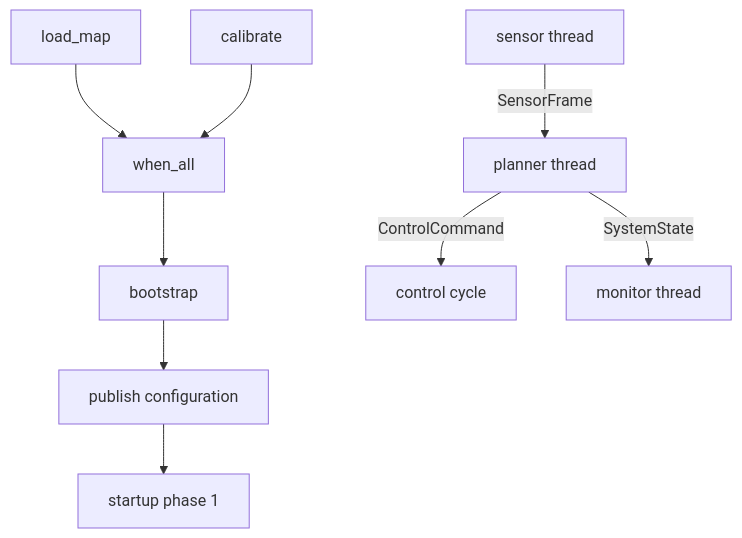
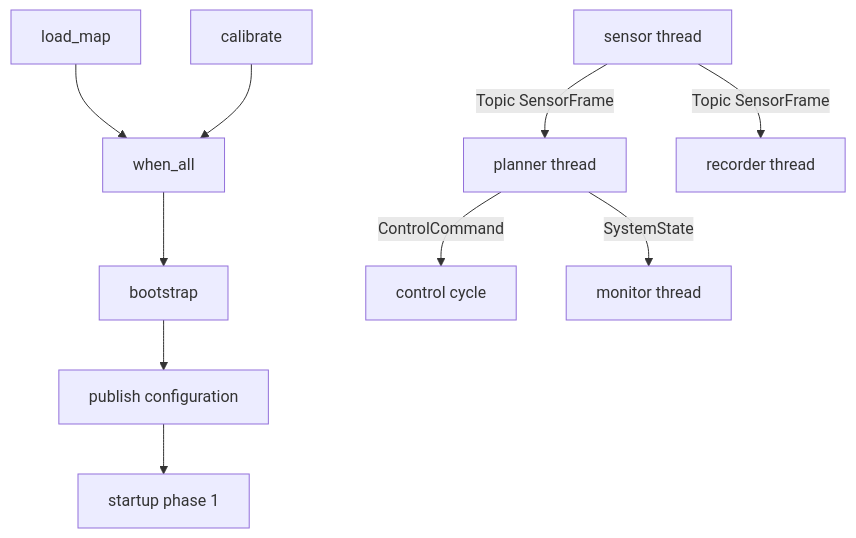
Before and after one commit to Linductor-alkaid/executor: the diagram in website/en/tutorial/complete-robot-pipeline.md, drawn with Mermaid. The commit also changed other lines of this file and 21 other files, not shown here.

````diff
--- a/website/en/tutorial/complete-robot-pipeline.md
+++ b/website/en/tutorial/complete-robot-pipeline.md
@@ -12,11 +12,12 @@
 ```mermaid
 flowchart TD
     A[load_map] --> C[when_all]
     B[calibrate] --> C
     C --> D[bootstrap]
     D --> E[publish configuration]
     E --> F[startup phase 1]
-    G[sensor thread] -->|SensorFrame| H[planner thread]
+    G[sensor thread] -->|Topic SensorFrame| H[planner thread]
+    G -->|Topic SensorFrame| K[recorder thread]
     H -->|ControlCommand| I[control cycle]
     H -->|SystemState| J[monitor thread]
 ```
````
